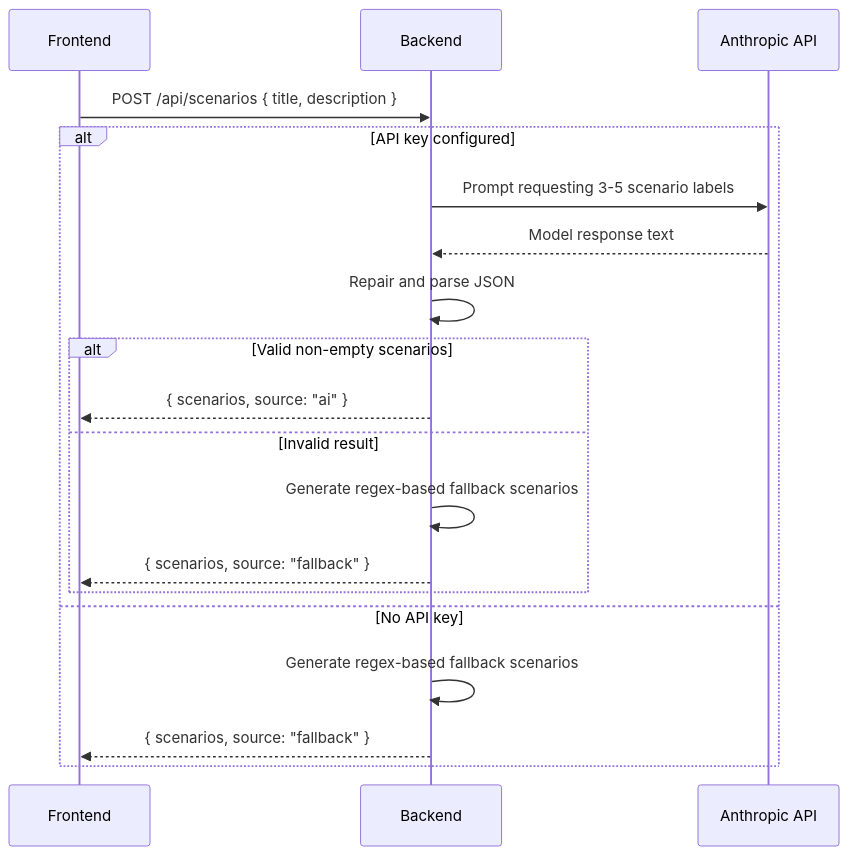
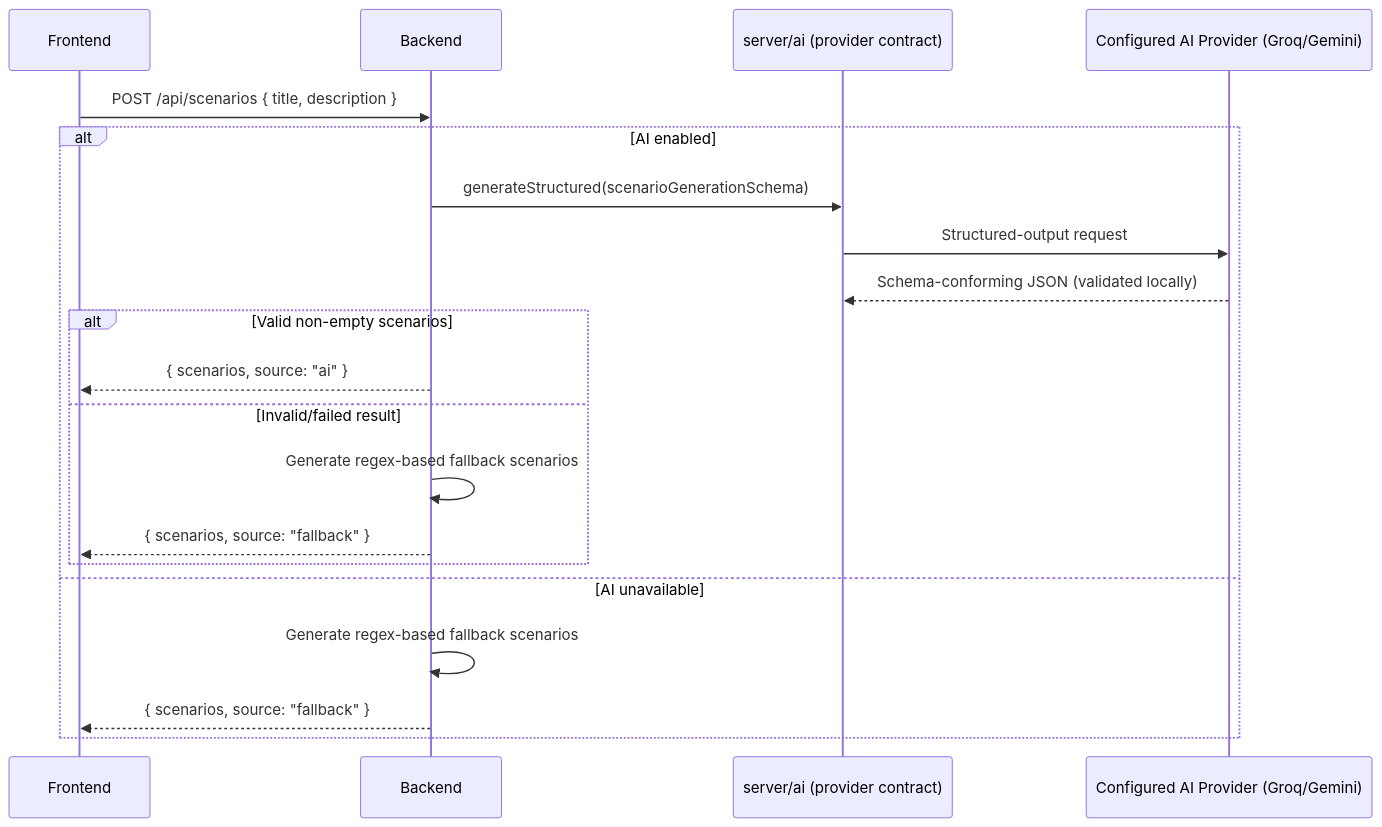
The second of 3 diagrams in docs/architecture/DATA_FLOW.md (abdo2006-dev/ScenarioRank-AI), drawn with Mermaid before and after one commit. The commit also changed other lines of this file and 12 other files, not shown here.

````diff
--- a/docs/architecture/DATA_FLOW.md
+++ b/docs/architecture/DATA_FLOW.md
@@ -21,22 +21,23 @@
 ```mermaid
 sequenceDiagram
     participant F as Frontend
     participant B as Backend
-    participant A as Anthropic API
+    participant P as server/ai (provider contract)
+    participant A as Configured AI Provider (Groq/Gemini)
 
     F->>B: POST /api/scenarios { title, description }
-    alt API key configured
-        B->>A: Prompt requesting 3-5 scenario labels
-        A-->>B: Model response text
-        B->>B: Repair and parse JSON
+    alt AI enabled
+        B->>P: generateStructured(scenarioGenerationSchema)
+        P->>A: Structured-output request
+        A-->>P: Schema-conforming JSON (validated locally)
         alt Valid non-empty scenarios
             B-->>F: { scenarios, source: "ai" }
-        else Invalid result
+        else Invalid/failed result
             B->>B: Generate regex-based fallback scenarios
             B-->>F: { scenarios, source: "fallback" }
         end
-    else No API key
+    else AI unavailable
         B->>B: Generate regex-based fallback scenarios
         B-->>F: { scenarios, source: "fallback" }
     end
 ```
````
